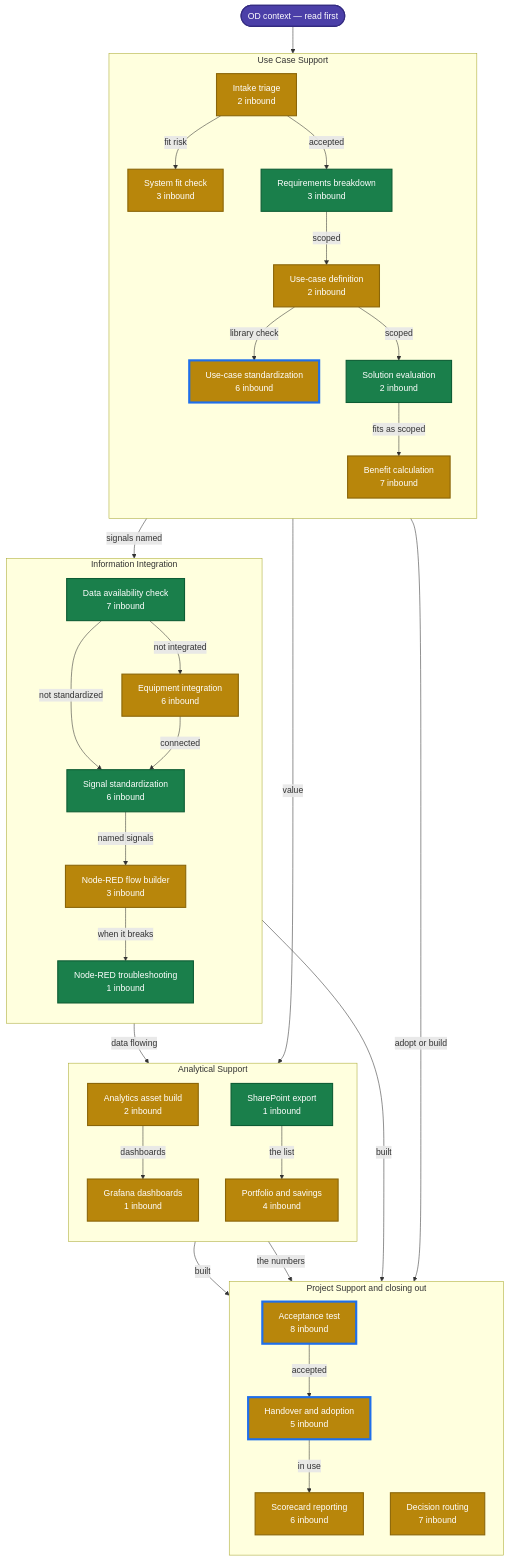
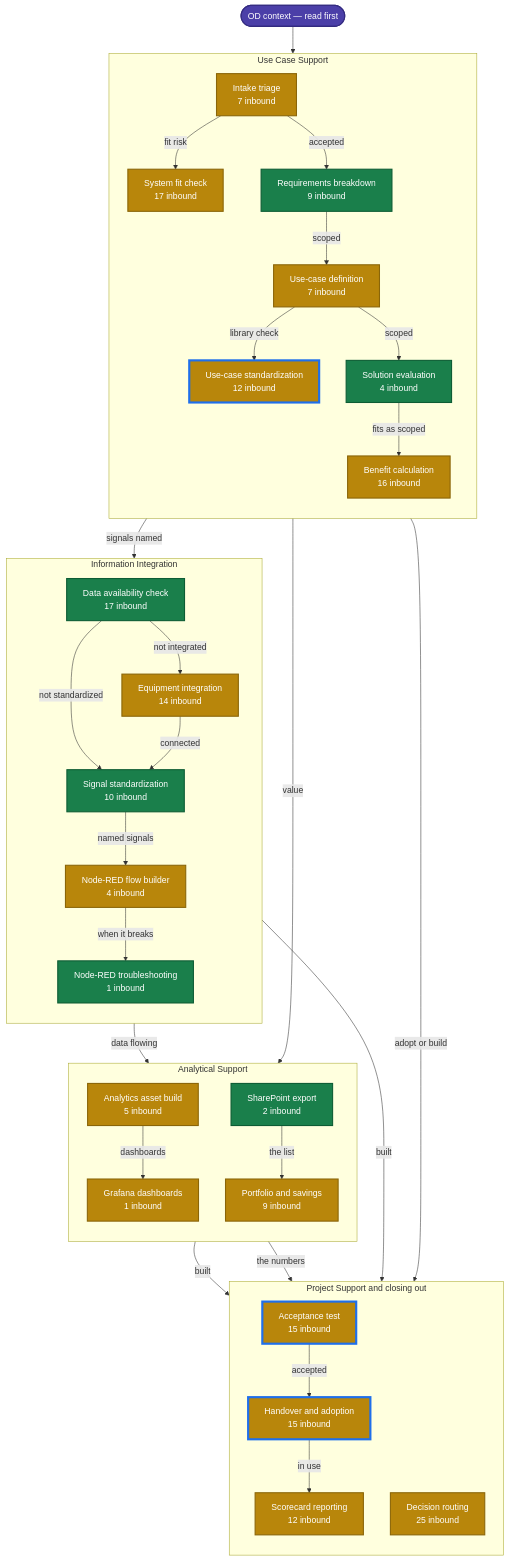
One commit to ops-digit-io/operations-digitalization-skill-registry changed the diagram in docs/skill-state-map.md. Above: the diagram before and after it, drawn with Mermaid. The commit also changed other lines of this file and 21 other files, not shown here.

````diff
--- a/docs/skill-state-map.md
+++ b/docs/skill-state-map.md
@@ -20,69 +20,69 @@
 ```mermaid
 flowchart TD
     ctx(["OD context — read first"])
     subgraph UC["Use Case Support"]
     direction TB
-        od_use_case_intake_triage["Intake triage<br/>2 inbound"]
-        od_system_fit_check["System fit check<br/>3 inbound"]
-        od_requirements_breakdown["Requirements breakdown<br/>3 inbound"]
-        od_use_case_definition["Use-case definition<br/>2 inbound"]
-        od_use_case_solution_evaluation["Solution evaluation<br/>2 inbound"]
-        od_use_case_standardization["Use-case standardization<br/>6 inbound"]
-        od_benefit_calculation["Benefit calculation<br/>7 inbound"]
+        od_use_case_intake_triage["Intake triage<br/>7 inbound"]
+        od_system_fit_check["System fit check<br/>17 inbound"]
+        od_requirements_breakdown["Requirements breakdown<br/>9 inbound"]
+        od_use_case_definition["Use-case definition<br/>7 inbound"]
+        od_use_case_solution_evaluation["Solution evaluation<br/>4 inbound"]
+        od_use_case_standardization["Use-case standardization<br/>12 inbound"]
+        od_benefit_calculation["Benefit calculation<br/>16 inbound"]
     end
     subgraph II["Information Integration"]
     direction TB
-        od_data_availability_check["Data availability check<br/>7 inbound"]
-        od_equipment_integration["Equipment integration<br/>6 inbound"]
-        od_signal_standardization["Signal standardization<br/>6 inbound"]
-        od_node_red_flow_builder["Node-RED flow builder<br/>3 inbound"]
+        od_data_availability_check["Data availability check<br/>17 inbound"]
+        od_equipment_integration["Equipment integration<br/>14 inbound"]
+        od_signal_standardization["Signal standardization<br/>10 inbound"]
+        od_node_red_flow_builder["Node-RED flow builder<br/>4 inbound"]
         od_node_red_flow_troubleshooting["Node-RED troubleshooting<br/>1 inbound"]
     end
     subgraph AS["Analytical Support"]
     direction TB
-        od_analytics_asset_build["Analytics asset build<br/>2 inbound"]
+        od_analytics_asset_build["Analytics asset build<br/>5 inbound"]
         build_grafana_ops_dashboard["Grafana dashboards<br/>1 inbound"]
-        od_portfolio_and_savings_analysis["Portfolio and savings<br/>4 inbound"]
-        od_sharepoint_list_export["SharePoint export<br/>1 inbound"]
+        od_portfolio_and_savings_analysis["Portfolio and savings<br/>9 inbound"]
+        od_sharepoint_list_export["SharePoint export<br/>2 inbound"]
     end
     subgraph PS["Project Support and closing out"]
     direction TB
-        od_acceptance_test["Acceptance test<br/>8 inbound"]
-        od_handover_and_adoption["Handover and adoption<br/>5 inbound"]
-        od_scorecard_reporting["Scorecard reporting<br/>6 inbound"]
-        od_decision_routing["Decision routing<br/>7 inbound"]
+        od_acceptance_test["Acceptance test<br/>15 inbound"]
+        od_handover_and_adoption["Handover and adoption<br/>15 inbound"]
+        od_scorecard_reporting["Scorecard reporting<br/>12 inbound"]
+        od_decision_routing["Decision routing<br/>25 inbound"]
     end
     od_use_case_intake_triage -->|fit risk| od_system_fit_check
     od_use_case_intake_triage -->|accepted| od_requirements_breakdown
     od_requirements_breakdown -->|scoped| od_use_case_definition
     od_requirements_breakdown -->|signals named| od_data_availability_check
     od_use_case_definition -->|library check| od_use_case_standardization
     od_use_case_definition -->|scoped| od_use_case_solution_evaluation
     od_use_case_solution_evaluation -->|fits as scoped| od_benefit_calculation
     od_data_availability_check -->|not integrated| od_equipment_integration
     od_data_availability_check -->|not standardized| od_signal_standardization
     od_equipment_integration -->|connected| od_signal_standardization
     od_signal_standardization -->|named signals| od_node_red_flow_builder
     od_node_red_flow_builder -->|when it breaks| od_node_red_flow_troubleshooting
     od_node_red_flow_builder -->|data flowing| od_analytics_asset_build
     od_analytics_asset_build -->|dashboards| build_grafana_ops_dashboard
     od_analytics_asset_build -->|built| od_acceptance_test
     od_node_red_flow_builder -->|built| od_acceptance_test
     od_acceptance_test -->|accepted| od_handover_and_adoption
     od_handover_and_adoption -->|in use| od_scorecard_reporting
     od_benefit_calculation -->|value| od_portfolio_and_savings_analysis
     od_sharepoint_list_export -->|the list| od_portfolio_and_savings_analysis
     od_portfolio_and_savings_analysis -->|the numbers| od_scorecard_reporting
     od_use_case_standardization -->|adopt or build| od_decision_routing
     ctx --> od_use_case_intake_triage
 
     classDef deep fill:#1a7f4b,stroke:#0d5c34,color:#ffffff,stroke-width:2px;
     classDef documented fill:#b8860b,stroke:#8a6508,color:#ffffff,stroke-width:2px;
     classDef stub fill:#e8e8e8,stroke:#9a9a9a,color:#333333,stroke-dasharray:4 3;
     classDef nxt stroke:#1f6feb,stroke-width:4px;
     classDef ctx fill:#4b3fa8,stroke:#332a80,color:#ffffff,stroke-width:2px;
     class od_requirements_breakdown,od_use_case_solution_evaluation,od_data_availability_check,od_sharepoint_list_export,od_signal_standardization,od_node_red_flow_troubleshooting deep;
     class od_use_case_intake_triage,od_system_fit_check,od_use_case_definition,od_benefit_calculation,od_use_case_standardization,od_equipment_integration,od_acceptance_test,od_handover_and_adoption,od_analytics_asset_build,od_scorecard_reporting,od_portfolio_and_savings_analysis,od_decision_routing,build_grafana_ops_dashboard,od_node_red_flow_builder documented;
     class od_acceptance_test,od_use_case_standardization,od_handover_and_adoption nxt;
     class ctx ctx;
 ```
````
